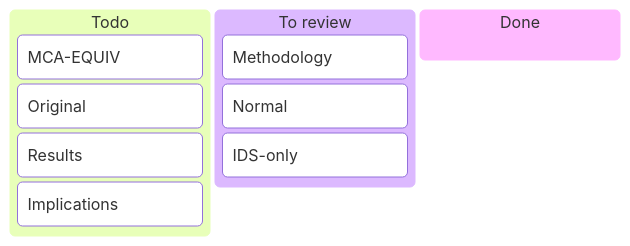
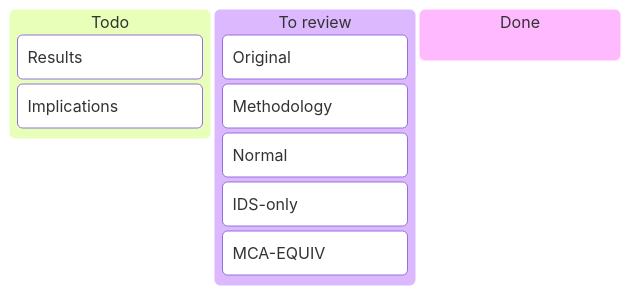
One commit to onlyidev/bachelor.thesis changed the second of 2 diagrams in README.md. Above: the diagram before and after it, drawn with Mermaid. The commit also changed other lines of this file and 3 other files, not shown here.

````diff
--- a/README.md
+++ b/README.md
@@ -16,14 +16,14 @@
 ```mermaid
 kanban
 todo["Todo"]
- MCA-EQUIV
- Original
  Results
  Implications
 
 review["To review"]
+ Original
  Methodology
  Normal
  IDS-only
+ MCA-EQUIV
 done["Done"]
 ```
````
